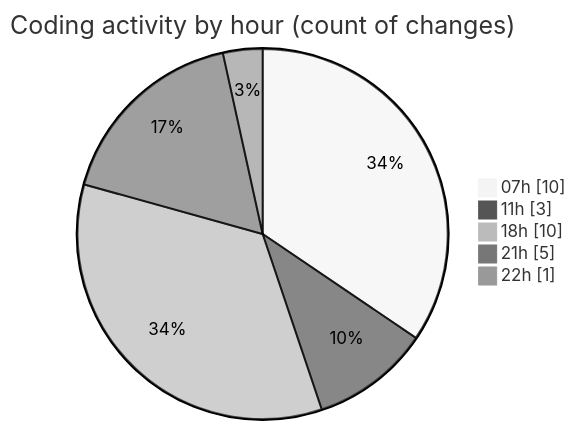
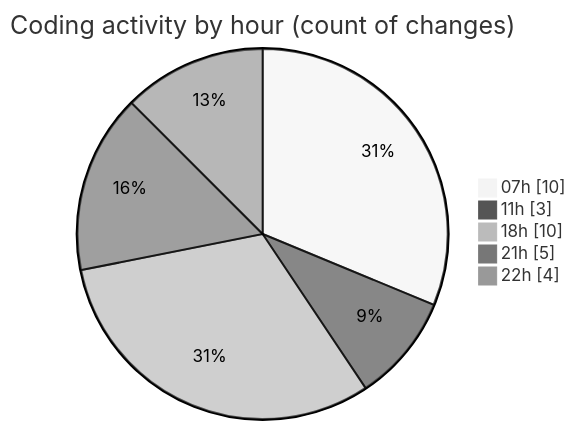
Before and after one commit to FelipKnott/code-tracking: the second of 2 diagrams in 2025-07-12/cursor/README.md, drawn with Mermaid (neutral theme). The commit also changed other lines of this file and 1 other file, not shown here.

````diff
--- a/2025-07-12/cursor/README.md
+++ b/2025-07-12/cursor/README.md
@@ -37,9 +38,9 @@
 ```mermaid
 pie showData
 title Coding activity by hour (count of changes)
 "07h" : 10
 "11h" : 3
 "18h" : 10
 "21h" : 5
-"22h" : 1
+"22h" : 4
 ```
````
